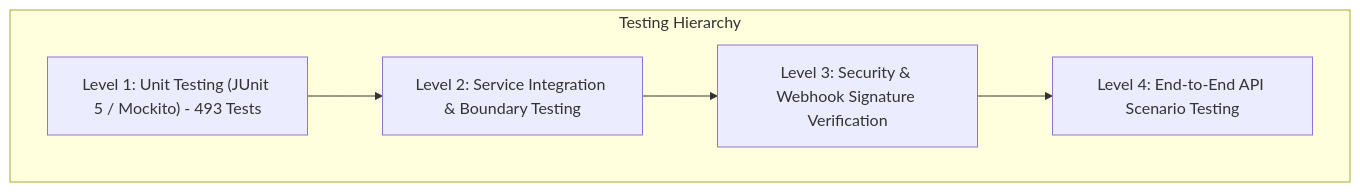
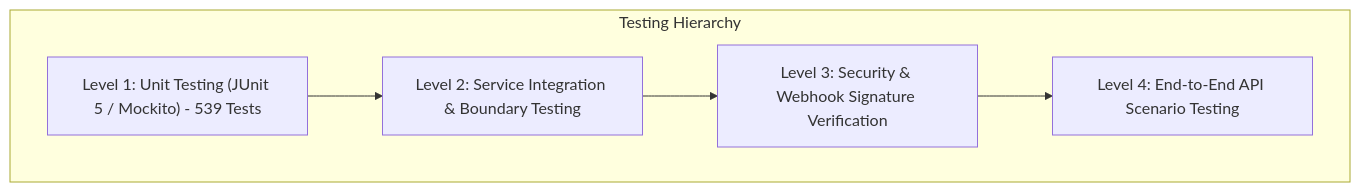
Before and after one commit to The-MC-Hub/MC_Voice_Training_Backend: the diagram in docs/reference/TEST_STRATEGY_AND_MATRIX.md, drawn with Mermaid. The commit also changed other lines of this file, not shown here.

Commit message:
docs: update test strategy matrix to reflect 539 unit tests

````diff
--- a/docs/reference/TEST_STRATEGY_AND_MATRIX.md
+++ b/docs/reference/TEST_STRATEGY_AND_MATRIX.md
@@ -15,13 +15,13 @@
 ```mermaid
 graph TD
     subgraph TestLayers["Testing Hierarchy"]
-        UnitTest["Level 1: Unit Testing (JUnit 5 / Mockito) - 493 Tests"]
+        UnitTest["Level 1: Unit Testing (JUnit 5 / Mockito) - 539 Tests"]
         IntegrationTest["Level 2: Service Integration & Boundary Testing"]
         SecurityTest["Level 3: Security & Webhook Signature Verification"]
         E2ETest["Level 4: End-to-End API Scenario Testing"]
     end
 
     UnitTest --> IntegrationTest
     IntegrationTest --> SecurityTest
     SecurityTest --> E2ETest
 ```
````
